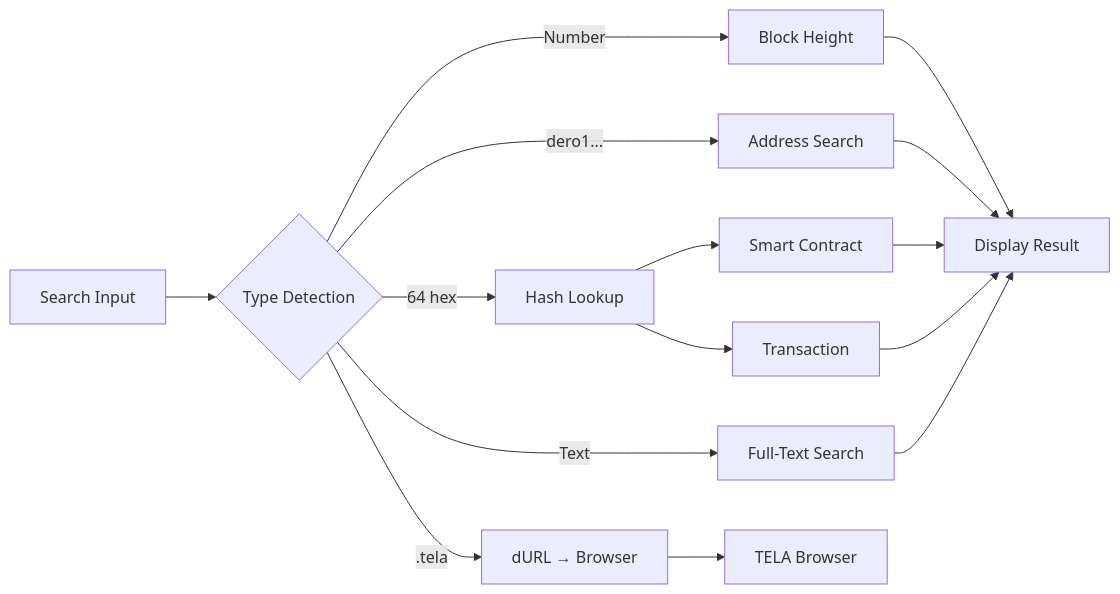
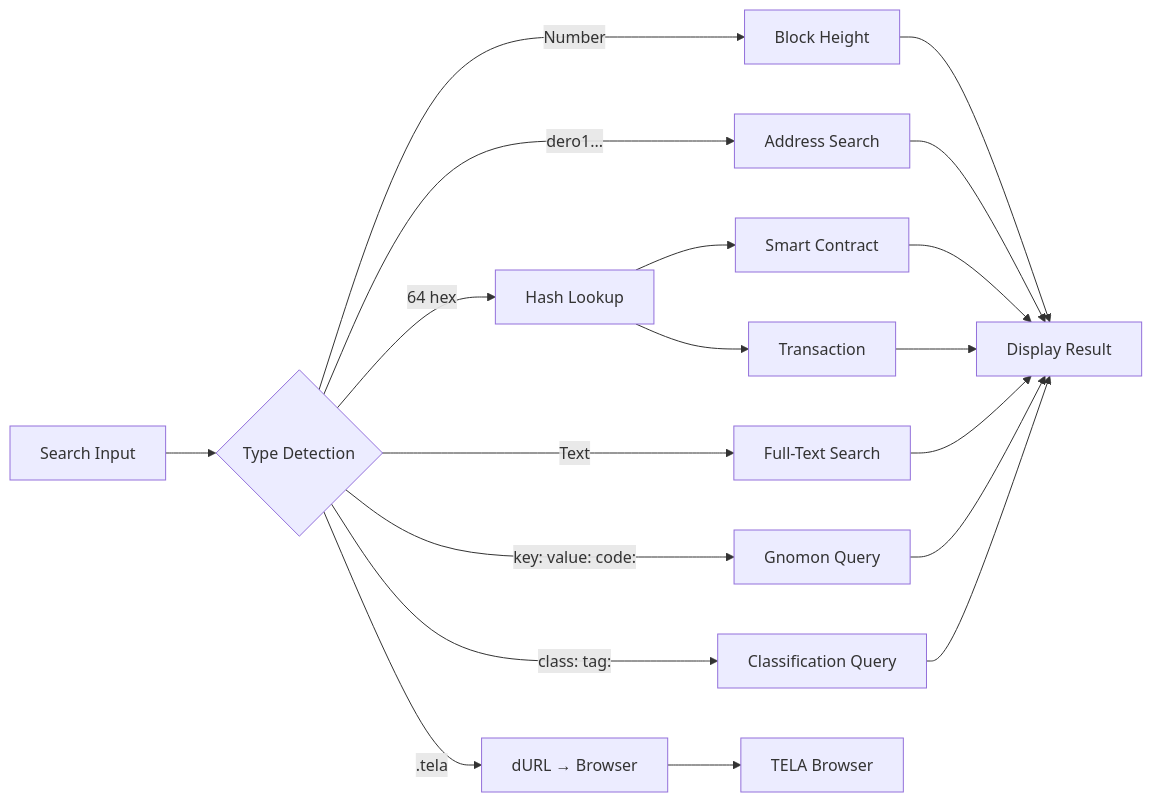
One commit to DHEBP/dero-docs changed the first of 3 diagrams in hologram-main/pages/explorer.mdx. Above: the diagram before and after it, drawn with Mermaid. The commit also changed other lines of this file and 11 other files, not shown here.

````diff
--- a/hologram-main/pages/explorer.mdx
+++ b/hologram-main/pages/explorer.mdx
@@ -18,20 +18,24 @@
 ```mermaid
 flowchart LR
     INPUT["Search Input"] --> DETECT{Type Detection}
     
     DETECT -->|"64 hex"| HASH["Hash Lookup"]
     DETECT -->|"Number"| BLOCK["Block Height"]
     DETECT -->|"dero1..."| ADDR["Address Search"]
     DETECT -->|".tela"| DURL["dURL → Browser"]
     DETECT -->|"Text"| SEARCH["Full-Text Search"]
+    DETECT -->|"key: value: code:"| PREFIX["Gnomon Query"]
+    DETECT -->|"class: tag:"| CLASSIFY["Classification Query"]
     
     HASH --> SCID["Smart Contract"]
     HASH --> TX["Transaction"]
     
     BLOCK --> RESULT["Display Result"]
     ADDR --> RESULT
     SCID --> RESULT
     TX --> RESULT
     SEARCH --> RESULT
+    PREFIX --> RESULT
+    CLASSIFY --> RESULT
     DURL --> BROWSER["TELA Browser"]
 ```
````
